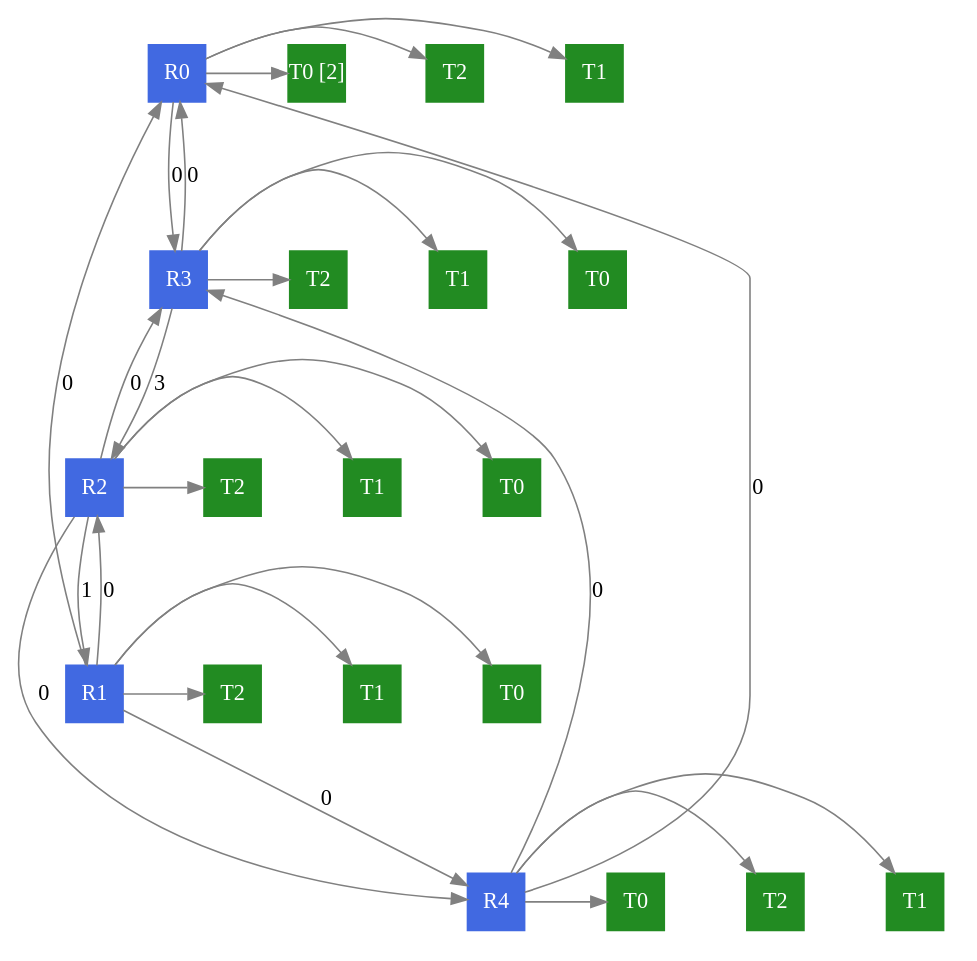
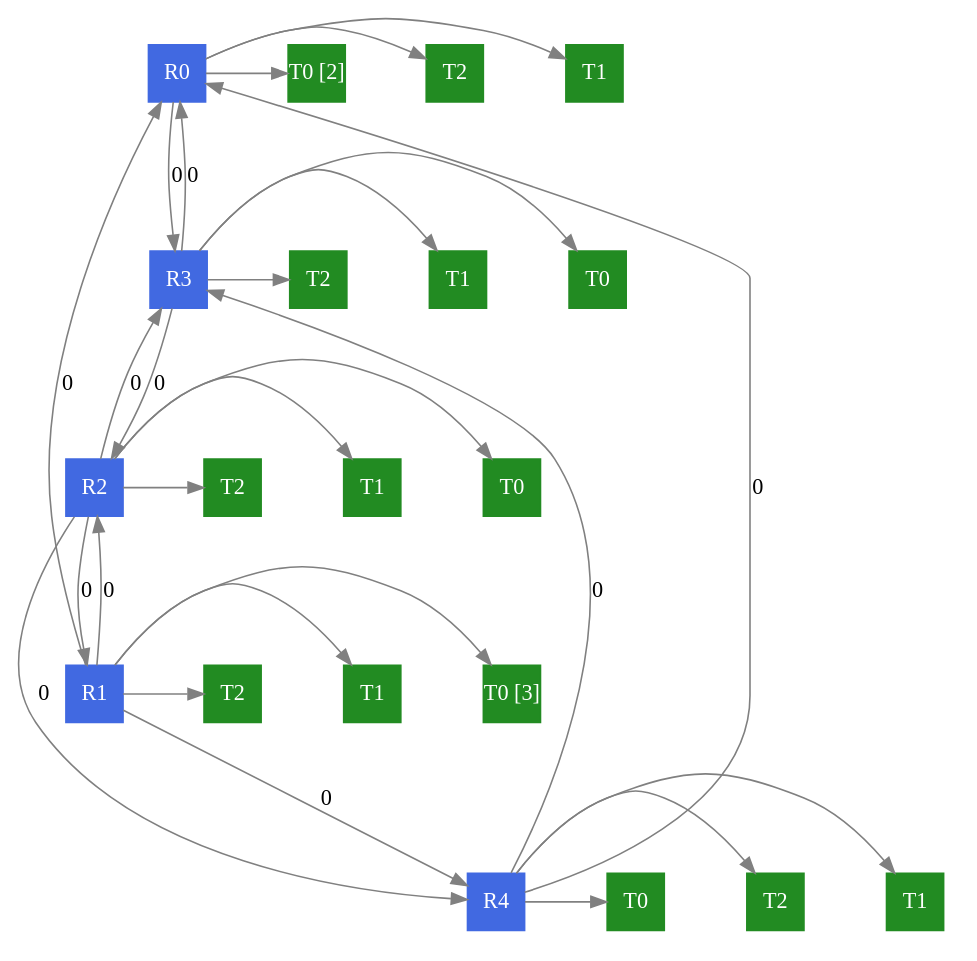
The diagram in Trabajo_Final/bin/grafo.dot (Fede108/Algoritmos-y-estructura-de-Datos), drawn with Graphviz before and after one commit. The commit also changed 8 other files, not shown here.

```diff
--- a/Trabajo_Final/bin/grafo.dot
+++ b/Trabajo_Final/bin/grafo.dot
@@ -1,57 +1,57 @@
 digraph G {
     edge [color=gray, penwidth=1];
     size="8,8";
     ratio="fill";
-    subgraph routers {
-        node [shape=box, style=filled, color=royalblue, fixedsize=true, width=0.5, height=0.5, fontcolor=white];
+ subgraph routers {
+ node [shape=box, style=filled, color=royalblue, fixedsize=true, width=0.5, height=0.5, fontcolor=white];
         0 [label="R0"];
         1 [label="R1"];
         2 [label="R2"];
         3 [label="R3"];
         4 [label="R4"];
-    }
-    subgraph terminales {
-        node [shape=box, style=filled, color=forestgreen, fixedsize=true, width=0.5, height=0.5, fontcolor=white];
-        00 [label="T0 [2]"];
-        01 [label="T1"];
-        02 [label="T2"];
-        10 [label="T0"];
-        11 [label="T1"];
-        12 [label="T2"];
-        20 [label="T0"];
-        21 [label="T1"];
-        22 [label="T2"];
-        30 [label="T0"];
-        31 [label="T1"];
-        32 [label="T2"];
-        40 [label="T0"];
-        41 [label="T1"];
-        42 [label="T2"];
-    }
+  }
+ subgraph terminales {
+  node [shape=box, style=filled, color=forestgreen, fixedsize=true, width=0.5, height=0.5, fontcolor=white];
+00 [label="T0 [2]"];
+01 [label="T1"];
+02 [label="T2"];
+10 [label="T0 [3]"];
+11 [label="T1"];
+12 [label="T2"];
+20 [label="T0"];
+21 [label="T1"];
+22 [label="T2"];
+30 [label="T0"];
+31 [label="T1"];
+32 [label="T2"];
+40 [label="T0"];
+41 [label="T1"];
+42 [label="T2"];
+ }
     0 -> 3 [label="0"];
     1 -> 0 [label="0"];
     1 -> 2 [label="0"];
     1 -> 4 [label="0"];
-    2 -> 1 [label="1"];
+    2 -> 1 [label="0"];
     2 -> 3 [label="0"];
     2 -> 4 [label="0"];
     3 -> 0 [label="0"];
-    3 -> 2 [label="3"];
+    3 -> 2 [label="0"];
     4 -> 0 [label="0"];
     4 -> 3 [label="0"];
     0 -> 00 [minlen=0.2];
     0 -> 01 [minlen=0.2];
     0 -> 02 [minlen=0.2];
     1 -> 10 [minlen=0.2];
     1 -> 11 [minlen=0.2];
     1 -> 12 [minlen=0.2];
     2 -> 20 [minlen=0.2];
     2 -> 21 [minlen=0.2];
     2 -> 22 [minlen=0.2];
     3 -> 30 [minlen=0.2];
     3 -> 31 [minlen=0.2];
     3 -> 32 [minlen=0.2];
     4 -> 40 [minlen=0.2];
     4 -> 41 [minlen=0.2];
     4 -> 42 [minlen=0.2];
 }
```
